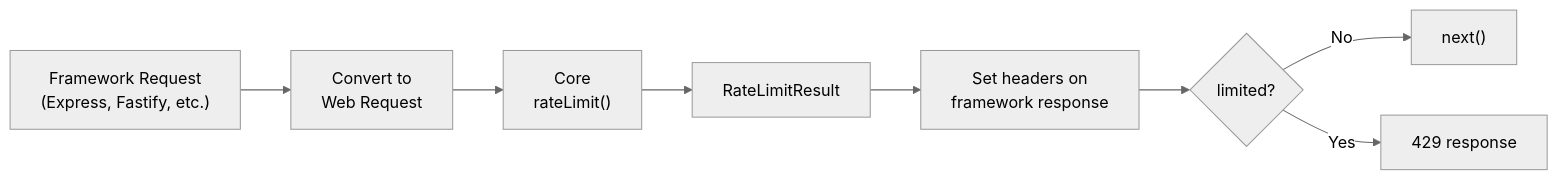
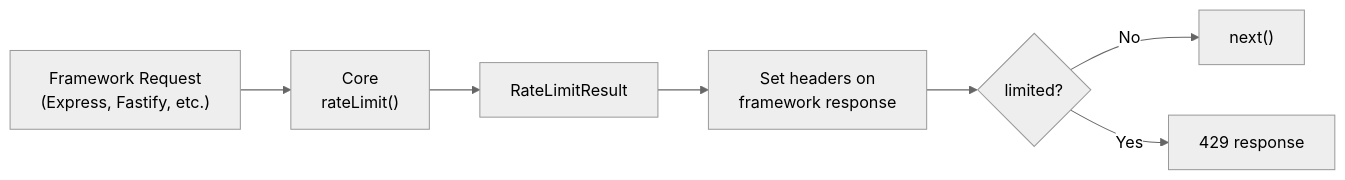
One commit to KKonstantinov/universal-rate-limit changed the diagram in packages/site/content/docs/middleware.mdx. Above: the diagram before and after it, drawn with Mermaid (neutral theme). The commit also changed other lines of this file and 35 other files, not shown here.

````diff
--- a/packages/site/content/docs/middleware.mdx
+++ b/packages/site/content/docs/middleware.mdx
@@ -9,10 +9,9 @@
 ```mermaid
 flowchart LR
-    A["Framework Request\n(Express, Fastify, etc.)"] --> B["Convert to\nWeb Request"]
-    B --> C["Core\nrateLimit()"]
+    A["Framework Request\n(Express, Fastify, etc.)"] --> C["Core\nrateLimit()"]
     C --> D["RateLimitResult"]
     D --> E["Set headers on\nframework response"]
     E --> F{limited?}
     F -->|No| G["next()"]
     F -->|Yes| H["429 response"]
 ```
````
